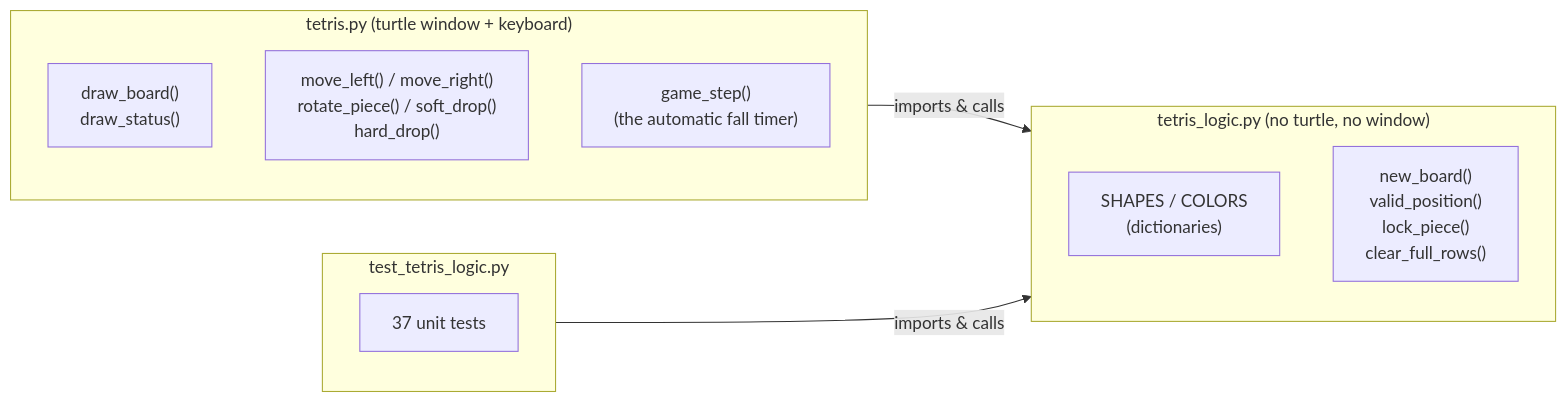
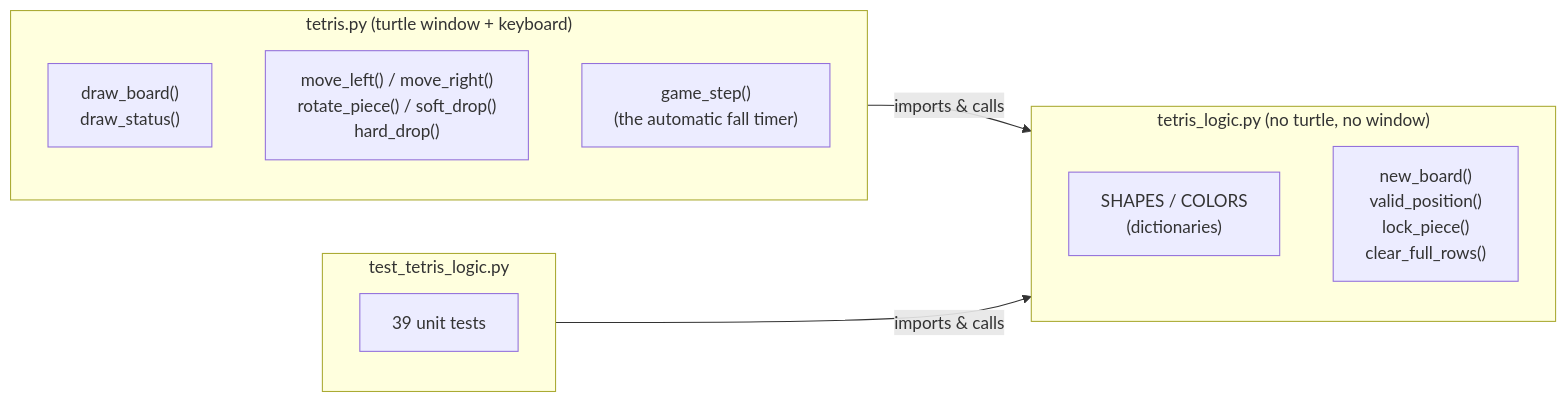
The first of 12 diagrams in turtle_tetris/SPEC.md (olumuyiwaoluwasanmi-codepath/Comp163Projects), drawn with Mermaid before and after one commit. The commit also changed other lines of this file and 3 other files, not shown here.

````diff
--- a/turtle_tetris/SPEC.md
+++ b/turtle_tetris/SPEC.md
@@ -47,20 +48,20 @@
 ```mermaid
 flowchart LR
     subgraph Logic["tetris_logic.py  (no turtle, no window)"]
         SHAPES["SHAPES / COLORS\n(dictionaries)"]
         board_fns["new_board()\nvalid_position()\nlock_piece()\nclear_full_rows()"]
     end
 
     subgraph UI["tetris.py  (turtle window + keyboard)"]
         draw["draw_board()\ndraw_status()"]
         keys["move_left() / move_right()\nrotate_piece() / soft_drop()\nhard_drop()"]
         loop["game_step()\n(the automatic fall timer)"]
     end
 
     subgraph Tests["test_tetris_logic.py"]
-        t["37 unit tests"]
+        t["39 unit tests"]
     end
 
     UI -->|imports & calls| Logic
     Tests -->|imports & calls| Logic
 ```
````
